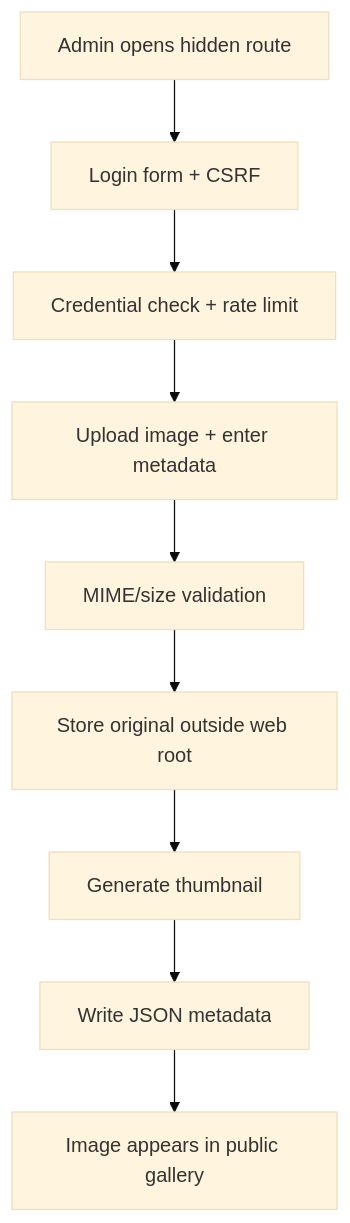
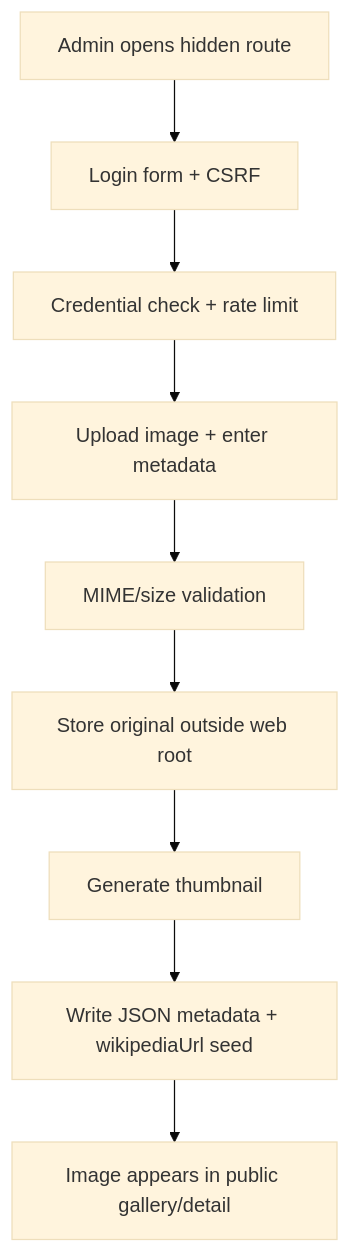
The second of 3 diagrams in README.md (smeird/images), drawn with Mermaid (base theme) before and after one commit. The commit also changed other lines of this file and 5 other files, not shown here.

````diff
--- a/README.md
+++ b/README.md
@@ -120,11 +127,11 @@
 ```mermaid
 flowchart TD
   A[Admin opens hidden route] --> B[Login form + CSRF]
   B --> C[Credential check + rate limit]
   C --> D[Upload image + enter metadata]
   D --> E[MIME/size validation]
   E --> F[Store original outside web root]
   F --> G[Generate thumbnail]
-  G --> H[Write JSON metadata]
-  H --> I[Image appears in public gallery]
+  G --> H[Write JSON metadata + wikipediaUrl seed]
+  H --> I[Image appears in public gallery/detail]
 ```
````
